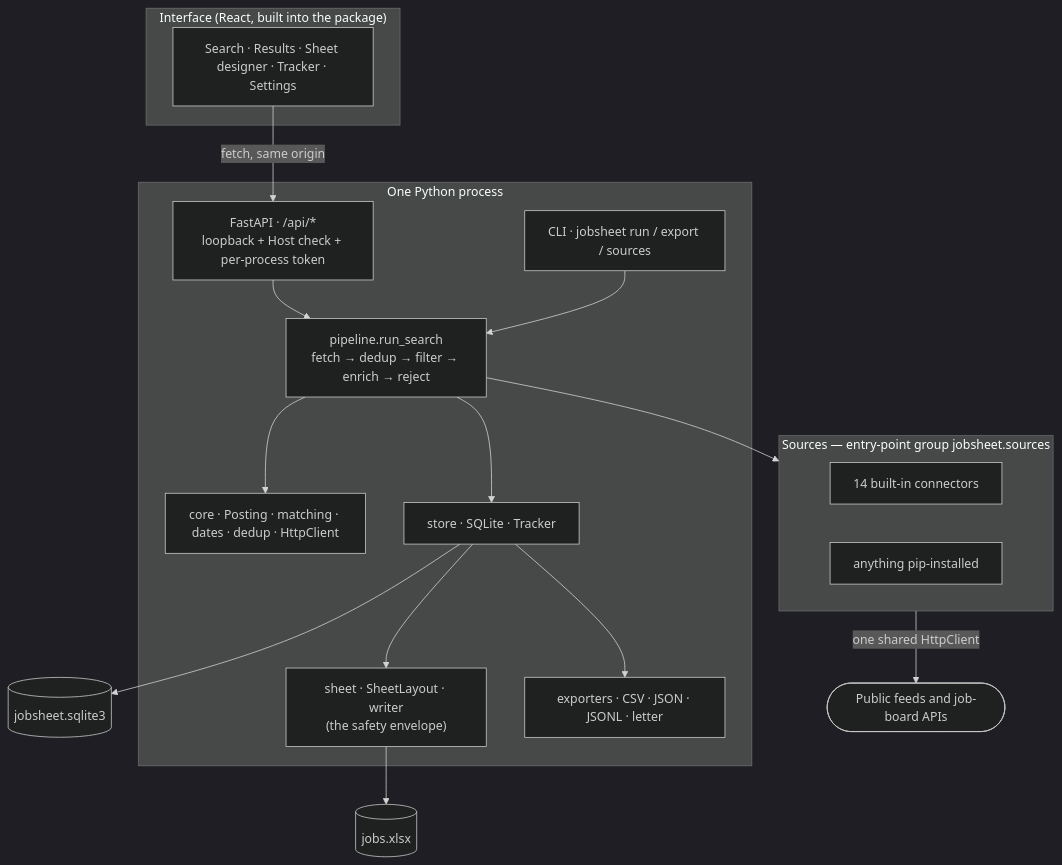
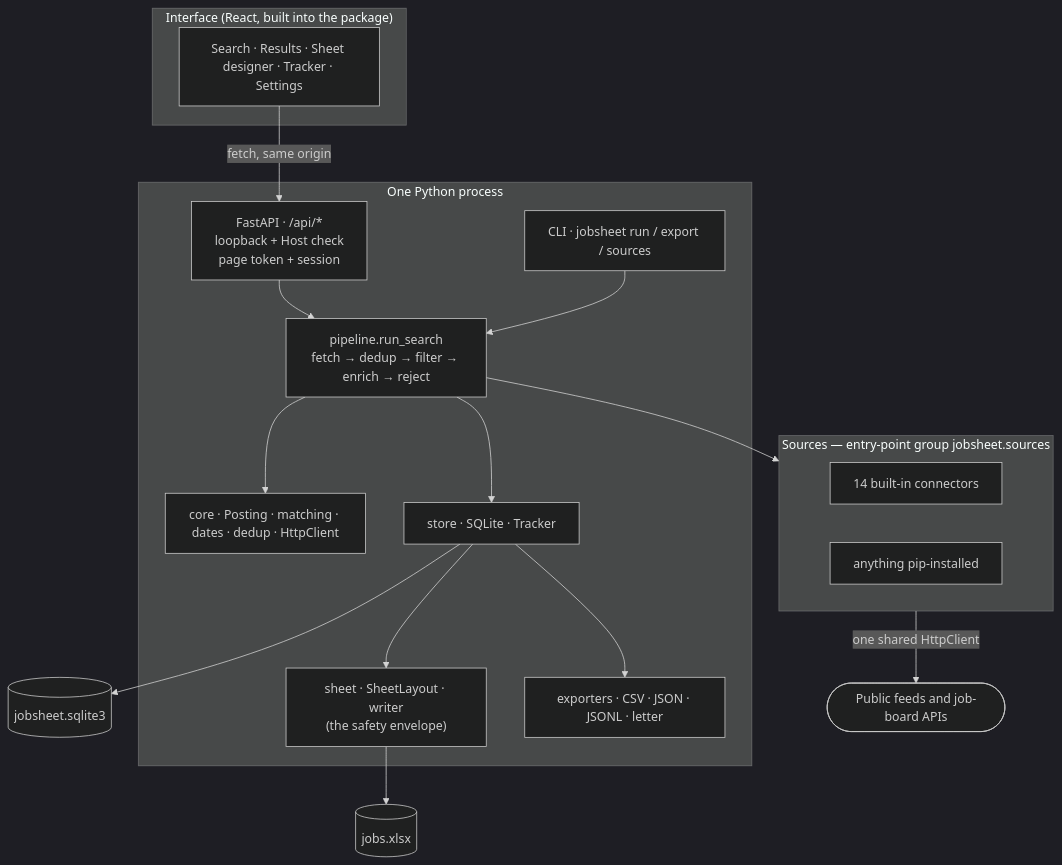
Before and after one commit to antoniobubnic99/jobsheet: the diagram in docs/ARCHITECTURE.md, drawn with Mermaid (dark theme). The commit also changed other lines of this file and 19 other files, not shown here.

````diff
--- a/docs/ARCHITECTURE.md
+++ b/docs/ARCHITECTURE.md
@@ -16,37 +16,37 @@
 ```mermaid
 flowchart TB
     subgraph ui["Interface (React, built into the package)"]
         screens["Search · Results · Sheet designer · Tracker · Settings"]
     end
 
     subgraph proc["One Python process"]
-        api["FastAPI · /api/*<br/>loopback + Host check + per-process token"]
+        api["FastAPI · /api/*<br/>loopback + Host check<br/>page token + session"]
         cli["CLI · jobsheet run / export / sources"]
         pipe["pipeline.run_search<br/>fetch → dedup → filter → enrich → reject"]
         core["core · Posting · matching · dates · dedup · HttpClient"]
         sheet["sheet · SheetLayout · writer<br/>(the safety envelope)"]
         store["store · SQLite · Tracker"]
         exp["exporters · CSV · JSON · JSONL · letter"]
     end
 
     subgraph plugins["Sources — entry-point group jobsheet.sources"]
         builtin["14 built-in connectors"]
         third["anything pip-installed"]
     end
 
     net(["Public feeds and job-board APIs"])
     xlsx[("jobs.xlsx")]
     db[("jobsheet.sqlite3")]
 
     screens -->|"fetch, same origin"| api
     api --> pipe
     cli --> pipe
     pipe --> plugins
     plugins -->|"one shared HttpClient"| net
     pipe --> core
     pipe --> store
     store --> db
     store --> sheet
     sheet --> xlsx
     store --> exp
 ```
````
